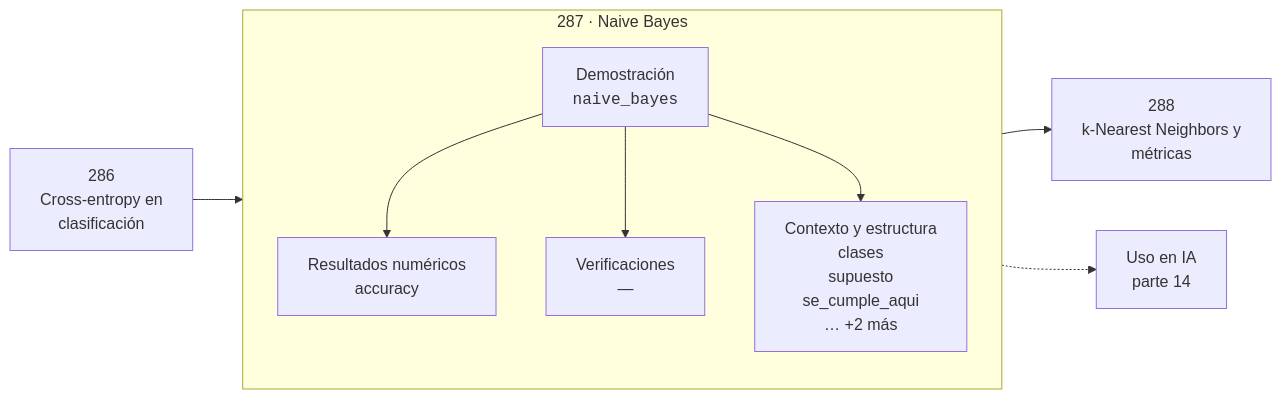
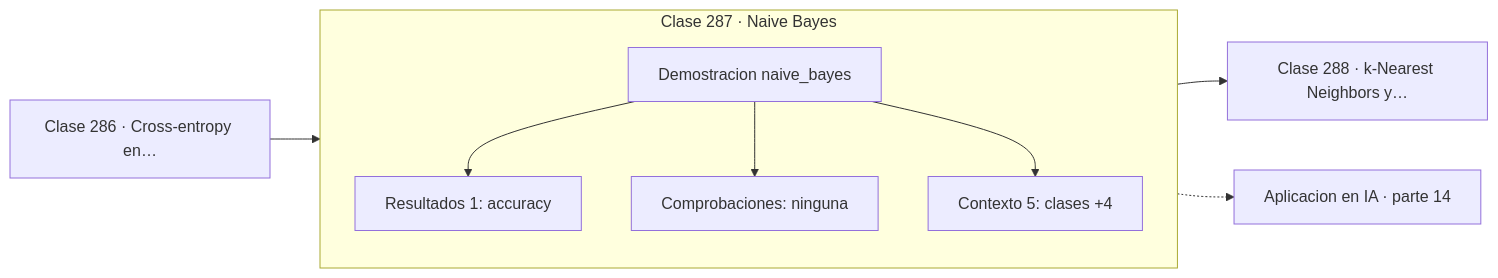
One commit to vladimiracunadev-create/computational-mathematics-program changed the diagram in classes/part-14-matematica-de-machine-learning/287-naive-bayes/README.md. Above: the diagram before and after it, drawn with Mermaid. The commit also changed 389 other files, not shown here.

First line of the commit message:
fix(diagramas): elimina el HTML de las etiquetas Mermaid

````diff
--- a/classes/part-14-matematica-de-machine-learning/287-naive-bayes/README.md
+++ b/classes/part-14-matematica-de-machine-learning/287-naive-bayes/README.md
@@ -30,12 +30,13 @@
 ```mermaid
 flowchart LR
-    P["286<br/>Cross-entropy en<br/>clasificación"] --> C
-    subgraph C["287 · Naive Bayes"]
+    P["Clase 286 · Cross-entropy en…"] --> D
+    subgraph CLASE["Clase 287 · Naive Bayes"]
         direction TB
-        D["Demostración<br/><code>naive_bayes</code>"] --> R["Resultados numéricos<br/>accuracy"]
-        D --> V["Verificaciones<br/>—"]
-        D --> O["Contexto y estructura<br/>clases<br/>supuesto<br/>se_cumple_aqui<br/>… +2 más"]
+        D["Demostracion naive_bayes"]
+        D --> R["Resultados 1: accuracy"]
+        D --> V["Comprobaciones: ninguna"]
+        D --> O["Contexto 5: clases +4"]
     end
-    C --> N["288<br/>k-Nearest Neighbors y<br/>métricas"]
-    C -.-> IA["Uso en IA<br/>parte 14"]
+    R --> N["Clase 288 · k-Nearest Neighbors y…"]
+    V -.-> IA["Aplicacion en IA · parte 14"]
 ```
````
